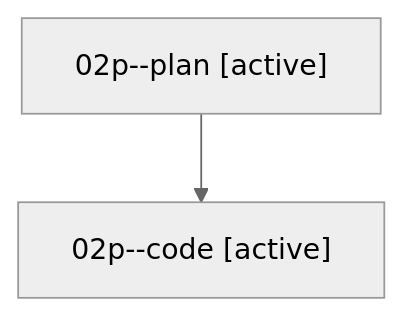
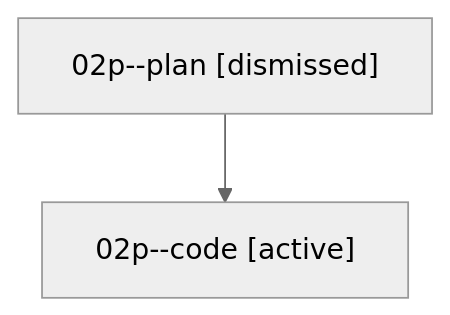
Before and after one commit to sase-org/sase--agents: the diagram in sessions/bbugyi200.athena.02p.md, drawn with Mermaid (neutral theme). The commit also changed other lines of this file and 25 other files, not shown here.

````diff
--- a/sessions/bbugyi200.athena.02p.md
+++ b/sessions/bbugyi200.athena.02p.md
@@ -9,6 +9,6 @@
 ```mermaid
 flowchart TD
-  n0["02p--plan [active]"]
+  n0["02p--plan [dismissed]"]
   n1["02p--code [active]"]
   n0 --> n1
 ```
````
